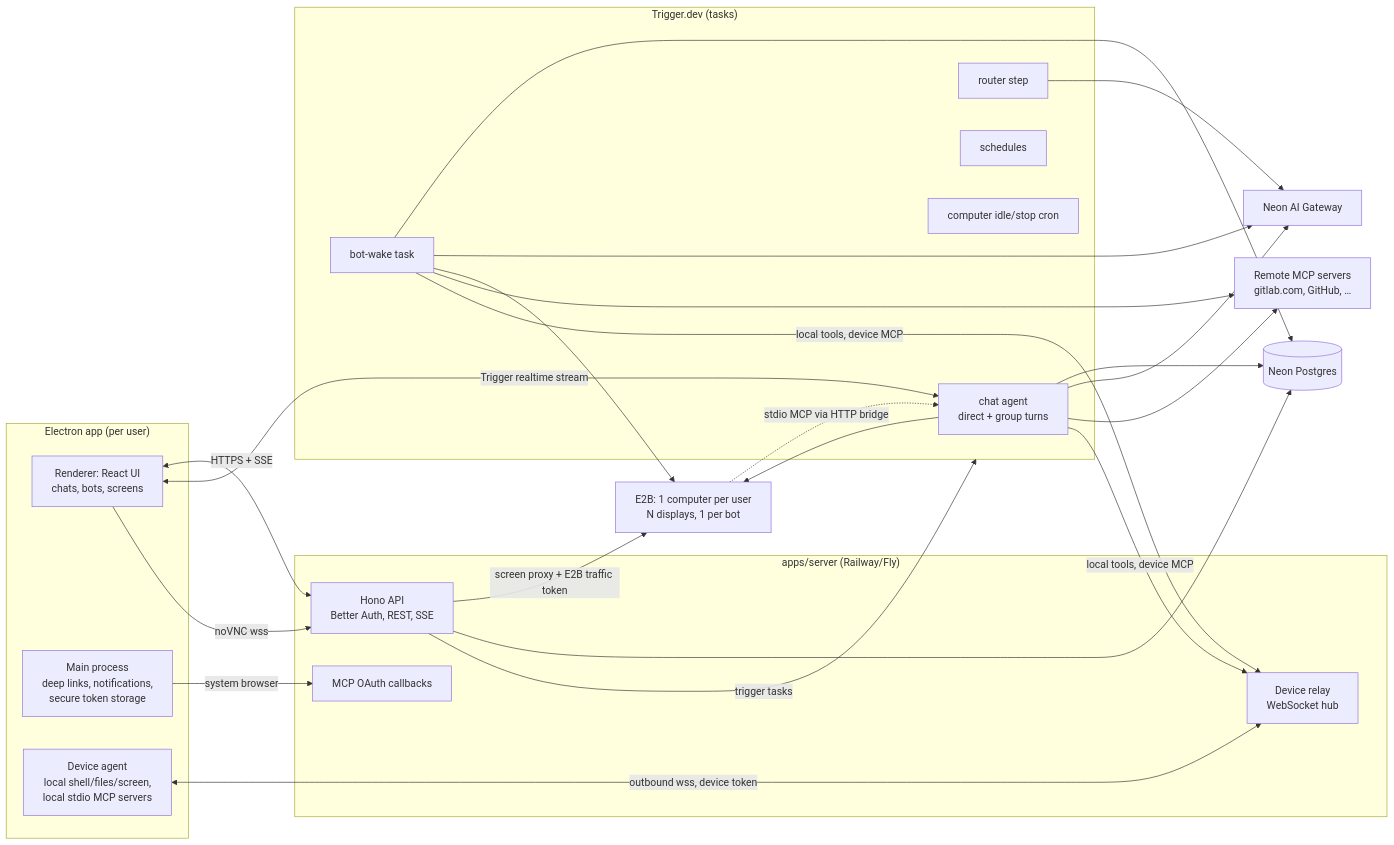
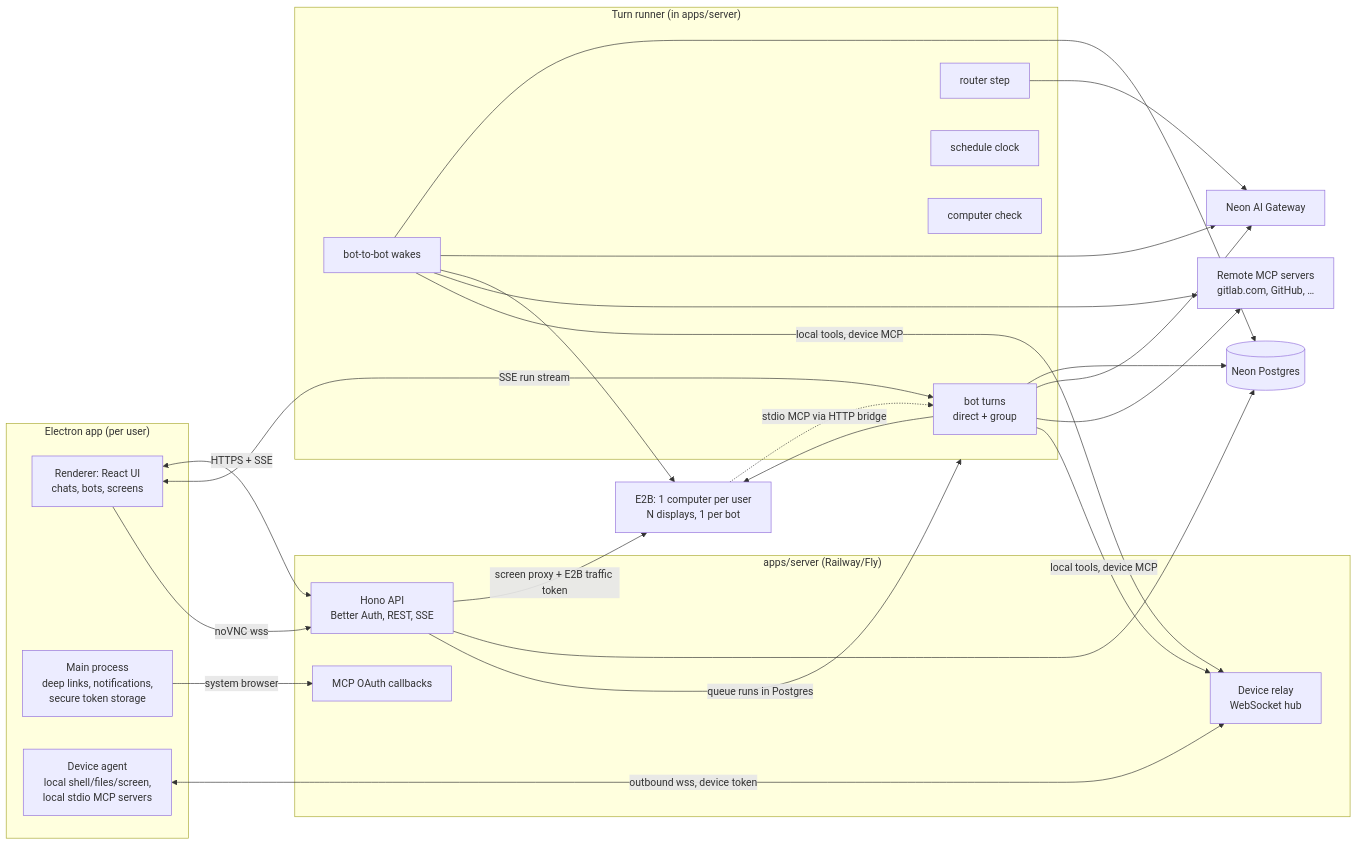
One commit to Avik-creator/crew changed the diagram in PRD.md. Above: the diagram before and after it, drawn with Mermaid. The commit also changed other lines of this file and 1 other file, not shown here.

Commit message:
docs: turns run in the server now; record the move off Trigger.dev

````diff
--- a/PRD.md
+++ b/PRD.md
@@ -165,45 +167,45 @@
 ```mermaid
 flowchart LR
     subgraph Desktop["Electron app (per user)"]
         R[Renderer: React UI<br/>chats, bots, screens]
         M[Main process<br/>deep links, notifications,<br/>secure token storage]
         DEV[Device agent<br/>local shell/files/screen,<br/>local stdio MCP servers]
     end
 
     subgraph Backend["apps/server (Railway/Fly)"]
         API[Hono API<br/>Better Auth, REST, SSE]
         OAUTH[MCP OAuth callbacks]
         RELAY[Device relay<br/>WebSocket hub]
     end
 
     DEV <-->|outbound wss, device token| RELAY
 
-    subgraph Trigger["Trigger.dev (tasks)"]
-        CHAT[chat agent<br/>direct + group turns]
-        WAKE[bot-wake task]
+    subgraph Runner["Turn runner (in apps/server)"]
+        CHAT[bot turns<br/>direct + group]
+        WAKE[bot-to-bot wakes]
         ROUTER[router step]
-        SCHED[schedules]
-        IDLE[computer idle/stop cron]
+        SCHED[schedule clock]
+        IDLE[computer check]
     end
 
     R <-->|HTTPS + SSE| API
-    R <-->|Trigger realtime stream| CHAT
+    R <-->|SSE run stream| CHAT
     R -->|noVNC wss| API
     API -->|screen proxy + E2B traffic token| SBX
     M -->|system browser| OAUTH
 
     API --> DB[(Neon Postgres)]
     CHAT --> DB
     WAKE --> DB
     CHAT --> GW[Neon AI Gateway]
     WAKE --> GW
     ROUTER --> GW
     CHAT --> SBX[E2B: 1 computer per user<br/>N displays, 1 per bot]
     WAKE --> SBX
     CHAT --> MCP[Remote MCP servers<br/>gitlab.com, GitHub, …]
     WAKE --> MCP
     CHAT -->|local tools, device MCP| RELAY
     WAKE -->|local tools, device MCP| RELAY
     SBX -.->|stdio MCP via HTTP bridge| CHAT
-    API -->|trigger tasks| Trigger
+    API -->|queue runs in Postgres| Runner
 ```
````
